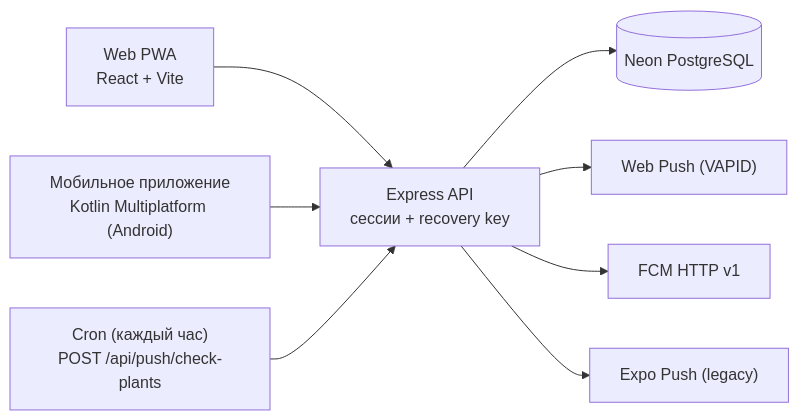
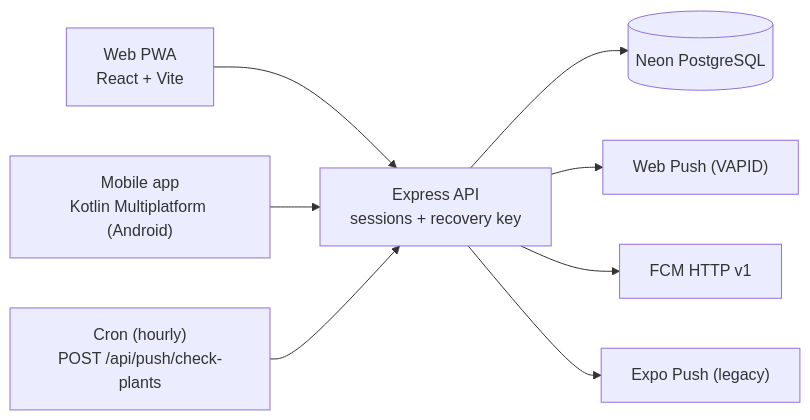
One commit to vivogf/GreenThumb changed the diagram in README.md. Above: the diagram before and after it, drawn with Mermaid. The commit also changed other lines of this file and 3 other files, not shown here.

````diff
--- a/README.md
+++ b/README.md
@@ -47,19 +47,19 @@
 ```mermaid
 flowchart LR
     PWA["Web PWA<br/>React + Vite"]
-    KMP["Мобильное приложение<br/>Kotlin Multiplatform (Android)"]
-    API["Express API<br/>сессии + recovery key"]
+    KMP["Mobile app<br/>Kotlin Multiplatform (Android)"]
+    API["Express API<br/>sessions + recovery key"]
     DB[("Neon PostgreSQL")]
-    CRON["Cron (каждый час)<br/>POST /api/push/check-plants"]
+    CRON["Cron (hourly)<br/>POST /api/push/check-plants"]
     WP["Web Push (VAPID)"]
     FCM["FCM HTTP v1"]
     EXPO["Expo Push (legacy)"]
 
     PWA --> API
     KMP --> API
     API --> DB
     CRON --> API
     API --> WP
     API --> FCM
     API --> EXPO
 ```
````
